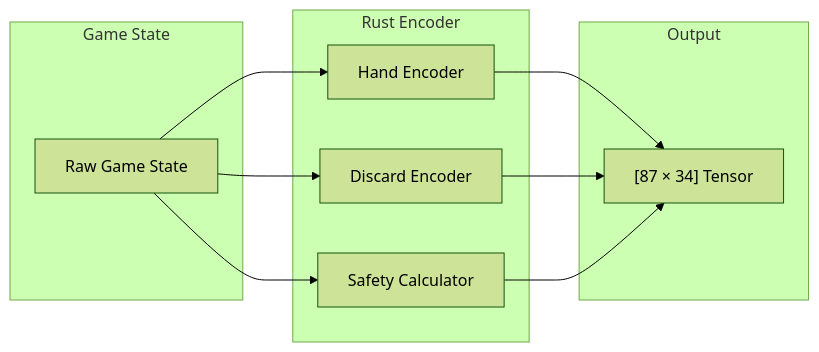
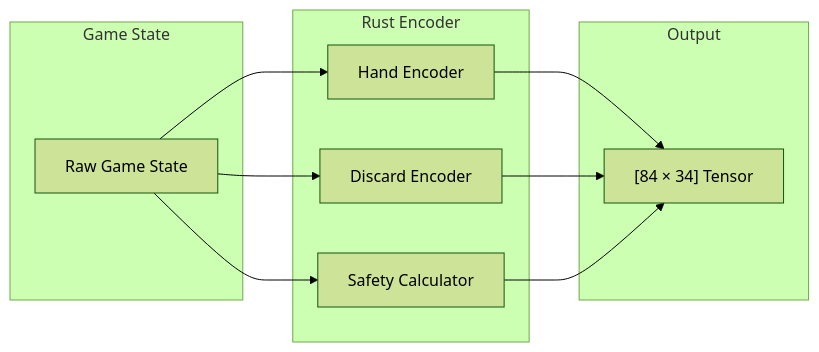
The fifth of 9 diagrams in research/HYDRA_SPEC.md (NikkeTryHard/hydra), drawn with Mermaid (forest theme) before and after one commit. The commit also changed other lines of this file and 3 other files, not shown here.

````diff
--- a/research/HYDRA_SPEC.md
+++ b/research/HYDRA_SPEC.md
@@ -403,23 +409,23 @@
 ```mermaid
 graph LR
     subgraph "Game State"
         GS[Raw Game State]
     end
 
     subgraph "Rust Encoder"
         HAND_ENC[Hand Encoder]
         DISC_ENC[Discard Encoder]
         SAFE_ENC[Safety Calculator]
     end
 
     subgraph "Output"
-        TENSOR["[87 × 34] Tensor"]
+        TENSOR["[84 × 34] Tensor"]
     end
 
     GS --> HAND_ENC
     GS --> DISC_ENC
     GS --> SAFE_ENC
     HAND_ENC --> TENSOR
     DISC_ENC --> TENSOR
     SAFE_ENC --> TENSOR
 ```
````
